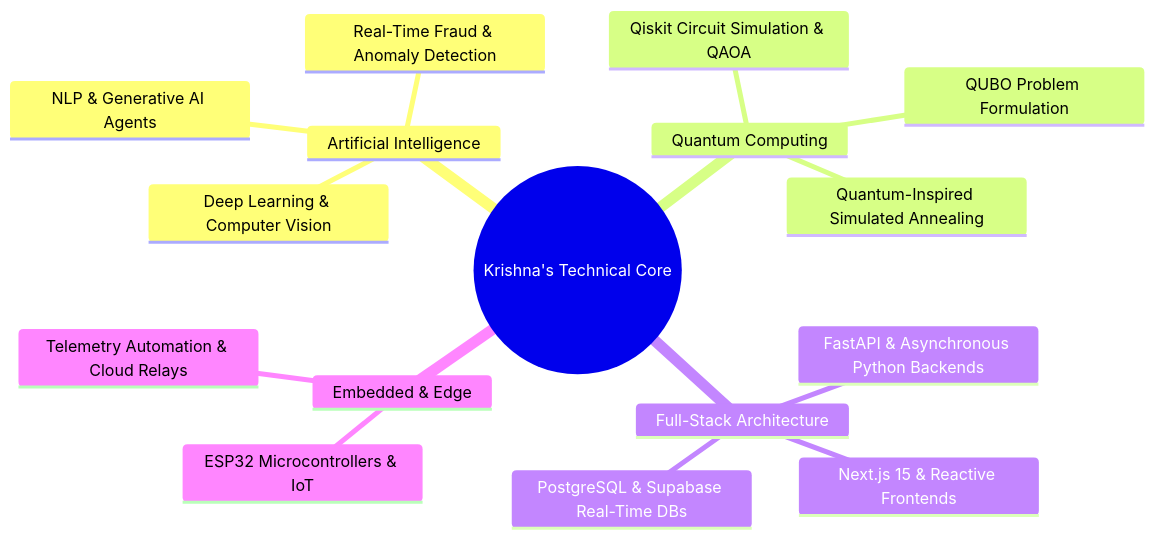
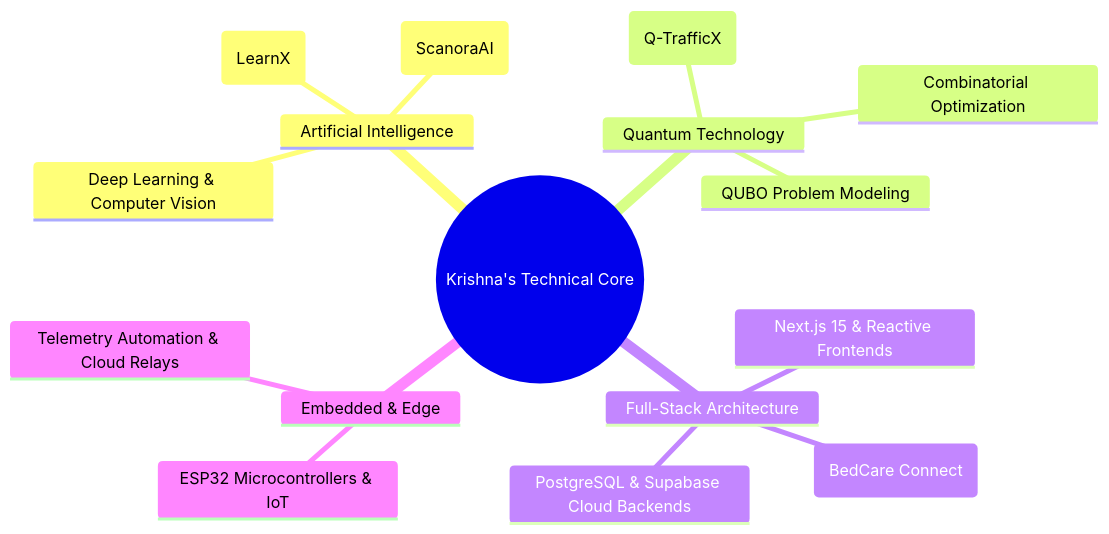
Before and after one commit to KrishNah10/KrishNah10: the diagram in README.md, drawn with Mermaid. The commit also changed other lines of this file and 1 other file, not shown here.

````diff
--- a/README.md
+++ b/README.md
@@ -198,19 +139,19 @@
 ```mermaid
 mindmap
   root((Krishna's Technical Core))
     Artificial Intelligence
       Deep Learning & Computer Vision
-      NLP & Generative AI Agents
-      Real-Time Fraud & Anomaly Detection
-    Quantum Computing
-      QUBO Problem Formulation
-      Quantum-Inspired Simulated Annealing
-      Qiskit Circuit Simulation & QAOA
+      Medical Imaging & Explainability (ScanoraAI)
+      Generative AI & Adaptive Learning (LearnX)
+    Quantum Technology
+      QUBO Problem Modeling
+      Quantum-Inspired Routing (Q-TrafficX)
+      Combinatorial Optimization
     Full-Stack Architecture
       Next.js 15 & Reactive Frontends
-      FastAPI & Asynchronous Python Backends
-      PostgreSQL & Supabase Real-Time DBs
+      Offline-First & PWA Systems (BedCare Connect)
+      PostgreSQL & Supabase Cloud Backends
     Embedded & Edge
       ESP32 Microcontrollers & IoT
       Telemetry Automation & Cloud Relays
 ```
````
